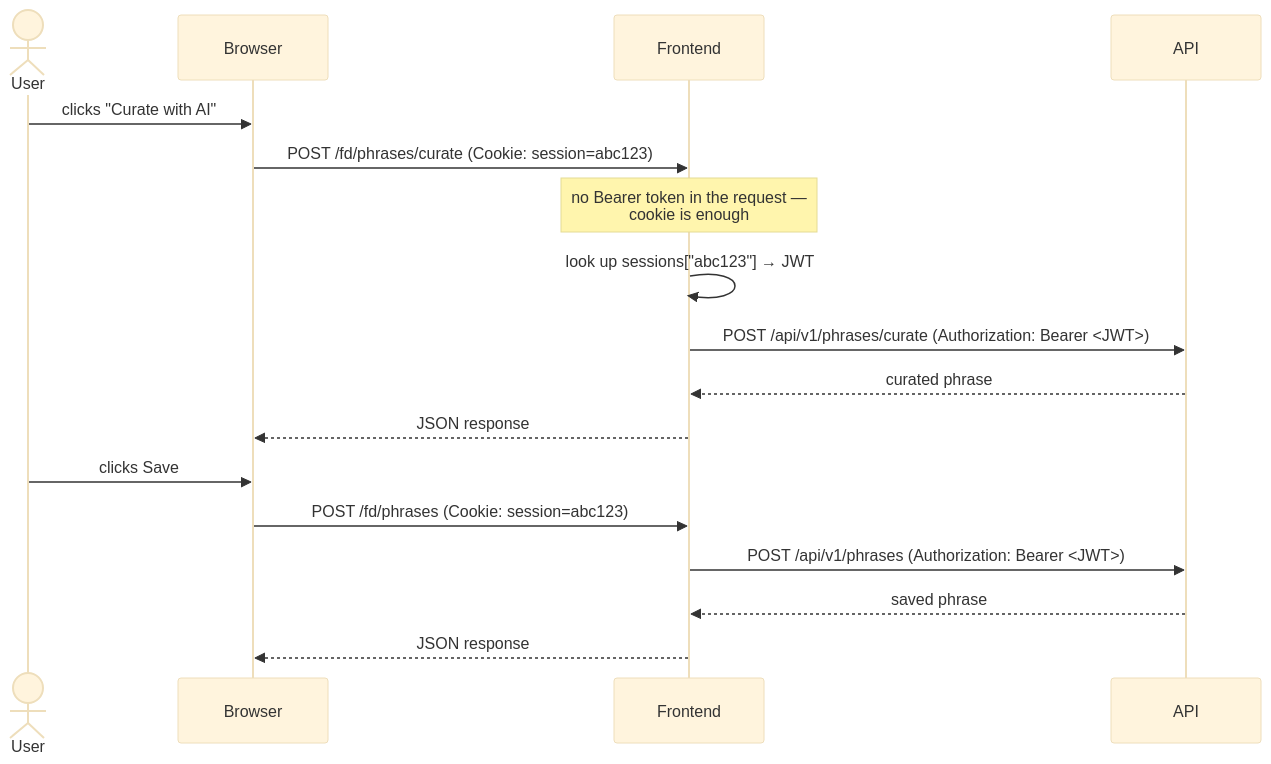
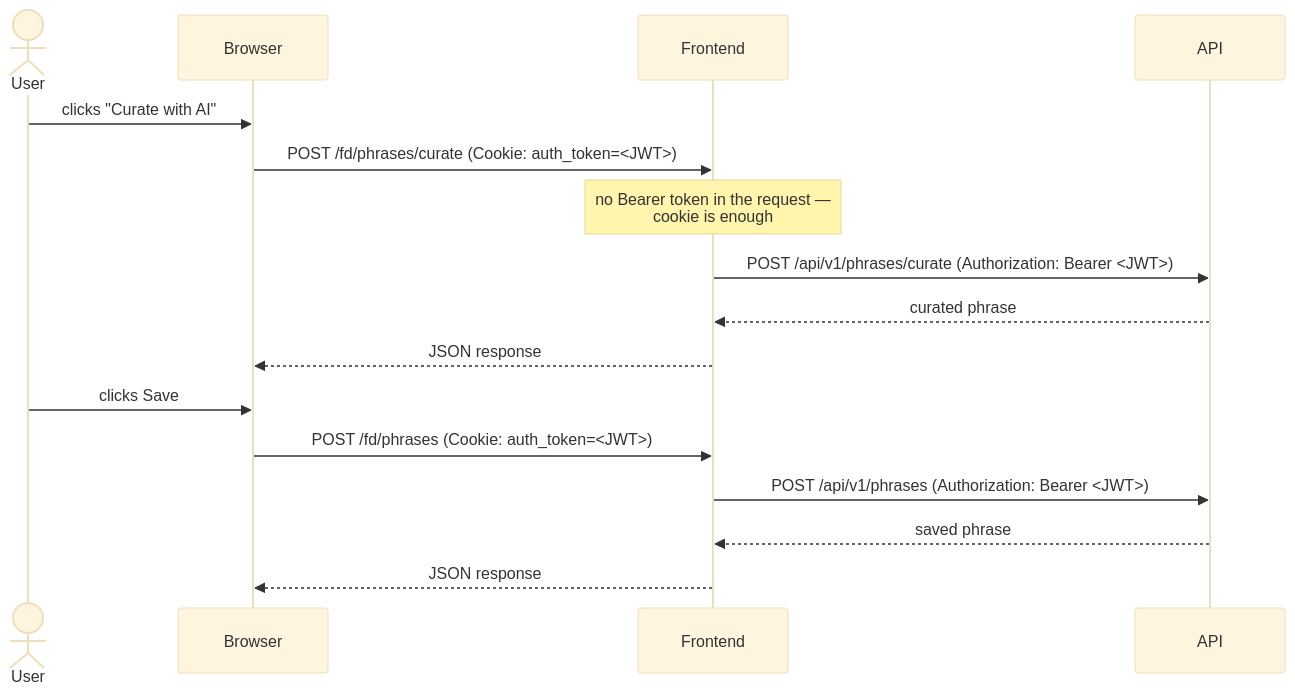
The third of 3 diagrams in docs/frontend-architecture.md (andreistefanciprian/phrasely), drawn with Mermaid (base theme) before and after one commit. The commit also changed other lines of this file and 5 other files, not shown here.

Commit message:
Clean up legacy session model and document auth cookie tradeoffs

````diff
--- a/docs/frontend-architecture.md
+++ b/docs/frontend-architecture.md
@@ -83,21 +81,20 @@
 ```mermaid
 sequenceDiagram
     actor User
     participant Browser
     participant Frontend
     participant API
 
     User->>Browser: clicks "Curate with AI"
-    Browser->>Frontend: POST /fd/phrases/curate (Cookie: session=abc123)
+    Browser->>Frontend: POST /fd/phrases/curate (Cookie: auth_token=<JWT>)
     Note over Frontend: no Bearer token in the request —<br/>cookie is enough
-    Frontend->>Frontend: look up sessions["abc123"] → JWT
     Frontend->>API: POST /api/v1/phrases/curate (Authorization: Bearer <JWT>)
     API-->>Frontend: curated phrase
     Frontend-->>Browser: JSON response
 
     User->>Browser: clicks Save
-    Browser->>Frontend: POST /fd/phrases (Cookie: session=abc123)
+    Browser->>Frontend: POST /fd/phrases (Cookie: auth_token=<JWT>)
     Frontend->>API: POST /api/v1/phrases (Authorization: Bearer <JWT>)
     API-->>Frontend: saved phrase
     Frontend-->>Browser: JSON response
 ```
````
